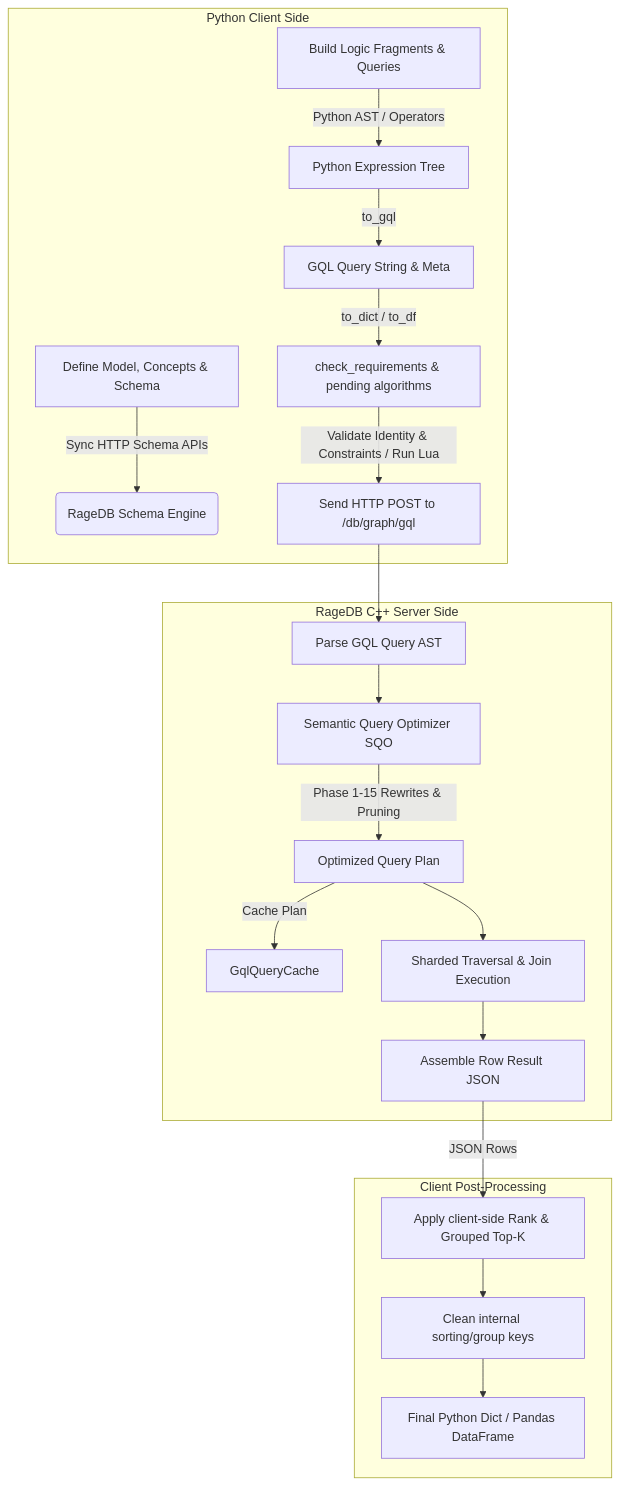
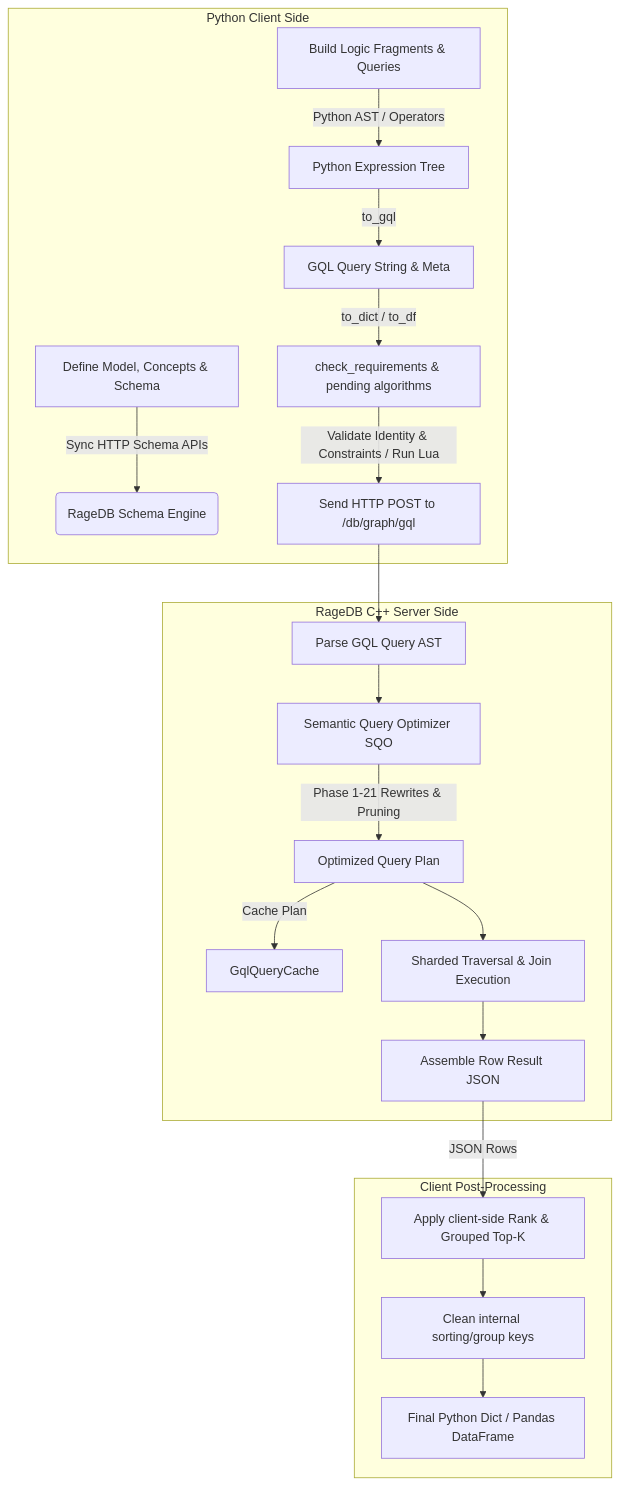
The diagram in docs/SEMANTIC_LAYER.md (ragedb/ragedb), drawn with Mermaid before and after one commit. The commit also changed other lines of this file, not shown here.

````diff
--- a/docs/SEMANTIC_LAYER.md
+++ b/docs/SEMANTIC_LAYER.md
@@ -11,25 +11,25 @@
 ```mermaid
 graph TD
     subgraph Python Client Side
         A[Define Model, Concepts & Schema] -->|Sync HTTP Schema APIs| B(RageDB Schema Engine)
         C[Build Logic Fragments & Queries] -->|Python AST / Operators| D[Python Expression Tree]
         D -->|to_gql| E[GQL Query String & Meta]
         E -->|to_dict / to_df| F[check_requirements & pending algorithms]
         F -->|Validate Identity & Constraints / Run Lua| G[Send HTTP POST to /db/graph/gql]
     end
 
     subgraph RageDB C++ Server Side
         G --> H[Parse GQL Query AST]
         H --> I[Semantic Query Optimizer SQO]
-        I -->|Phase 1-15 Rewrites & Pruning| J[Optimized Query Plan]
+        I -->|Phase 1-21 Rewrites & Pruning| J[Optimized Query Plan]
         J -->|Cache Plan| K[GqlQueryCache]
         J --> L[Sharded Traversal & Join Execution]
         L --> M[Assemble Row Result JSON]
     end
 
     subgraph Client Post-Processing
         M -->|JSON Rows| N[Apply client-side Rank & Grouped Top-K]
         N --> O[Clean internal sorting/group keys]
         O --> P[Final Python Dict / Pandas DataFrame]
     end
 ```
````
